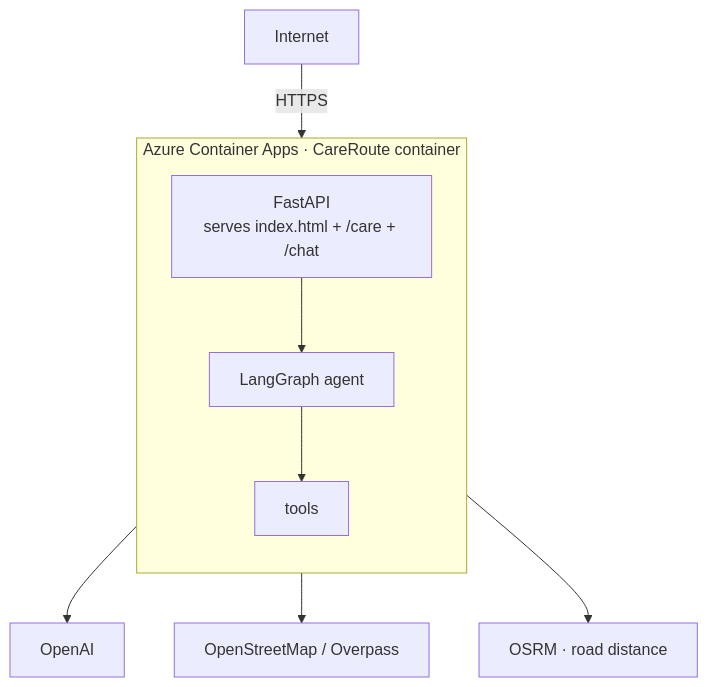
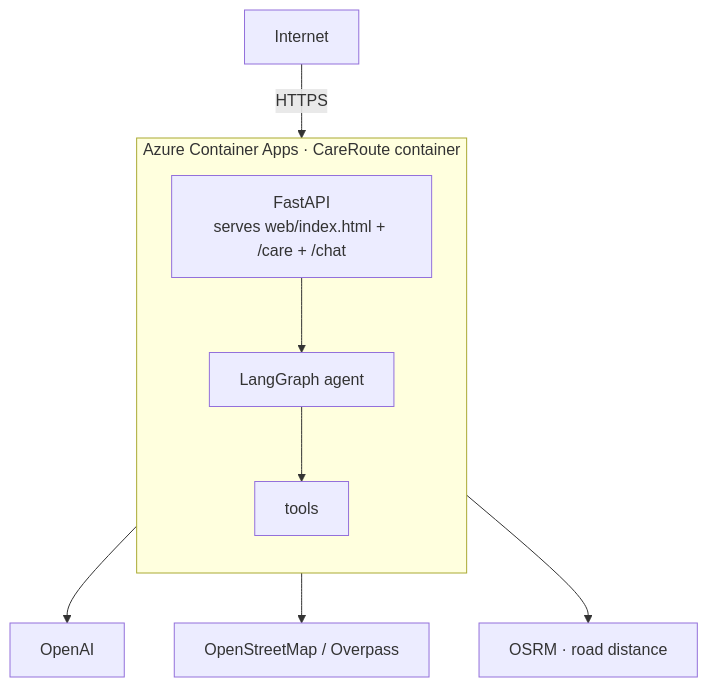
The third of 3 diagrams in README.md (tryadityagupta/careroute), drawn with Mermaid before and after one commit. The commit also changed other lines of this file and 76 other files, not shown here.

````diff
--- a/README.md
+++ b/README.md
@@ -492,16 +523,16 @@
 ```mermaid
 flowchart TD
     NET["Internet"] -->|HTTPS| FA
 
     subgraph Container["Azure Container Apps · CareRoute container"]
         direction TB
-        FA["FastAPI<br/>serves index.html + /care + /chat"]
+        FA["FastAPI<br/>serves web/index.html + /care + /chat"]
         LG["LangGraph agent"]
         TO["tools"]
         FA --> LG --> TO
     end
 
     TO --> OA["OpenAI"]
     TO --> OV["OpenStreetMap / Overpass"]
     TO --> OS["OSRM · road distance"]
 ```
````
